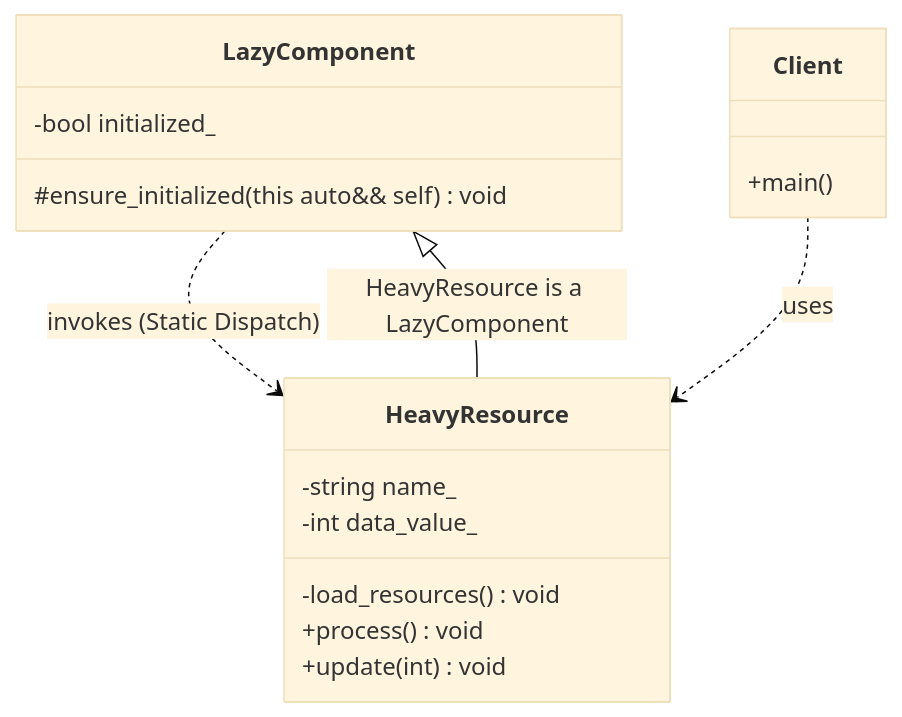
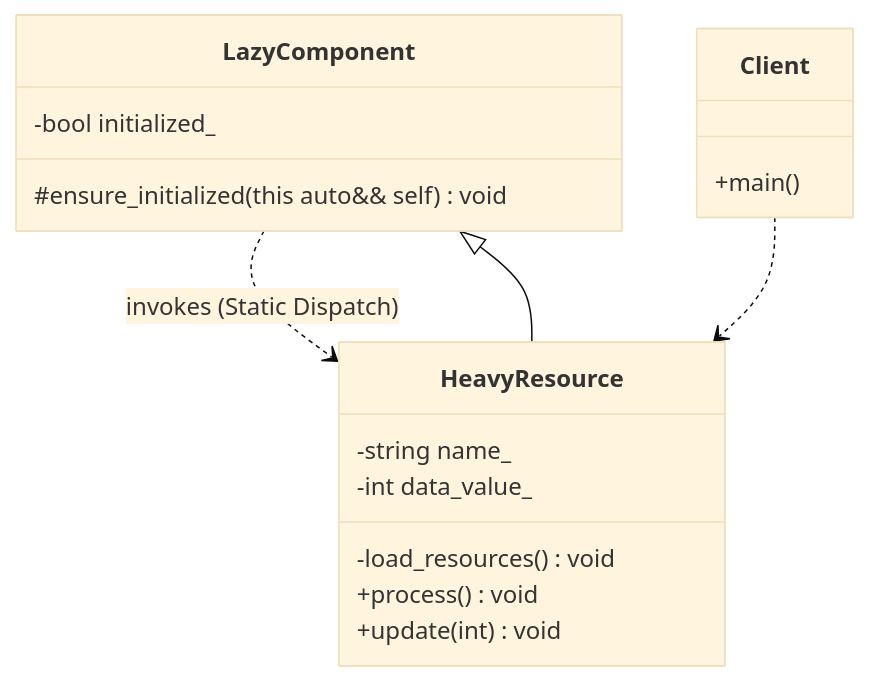
The diagram in 06_LazyInitialization/02_Lazy_Deducing_this/diagram.md (MarioGalindoQ/Modern-CPP-Design-Patterns), drawn with Mermaid (base theme) before and after one commit. The commit also changed 1 other file, not shown here.

Commit message:
Adding Deducing This from C++23

````diff
--- a/06_LazyInitialization/02_Lazy_Deducing_this/diagram.md
+++ b/06_LazyInitialization/02_Lazy_Deducing_this/diagram.md
@@ -3,28 +3,28 @@
 ```mermaid
 classDiagram
    class LazyComponent {
       -bool initialized_
       #ensure_initialized(this auto&& self) void
    }
 
    class HeavyResource {
       -string name_
       -int data_value_
       -load_resources() void
       +process() void
       +update(int) void
    }
 
    class Client {
       +main()
    }
 
    %% Relationships based on your symbology
-   HeavyResource --|> LazyComponent : HeavyResource is a LazyComponent
+   HeavyResource --|> LazyComponent
    
    %% The Mixin interacts with the Derived class via Static Dispatch
    LazyComponent ..> HeavyResource : invokes (Static Dispatch)
 
    %% The Client interacts with the Business Layer normally
-   Client ..> HeavyResource : uses
+   Client ..> HeavyResource
 ```
````
